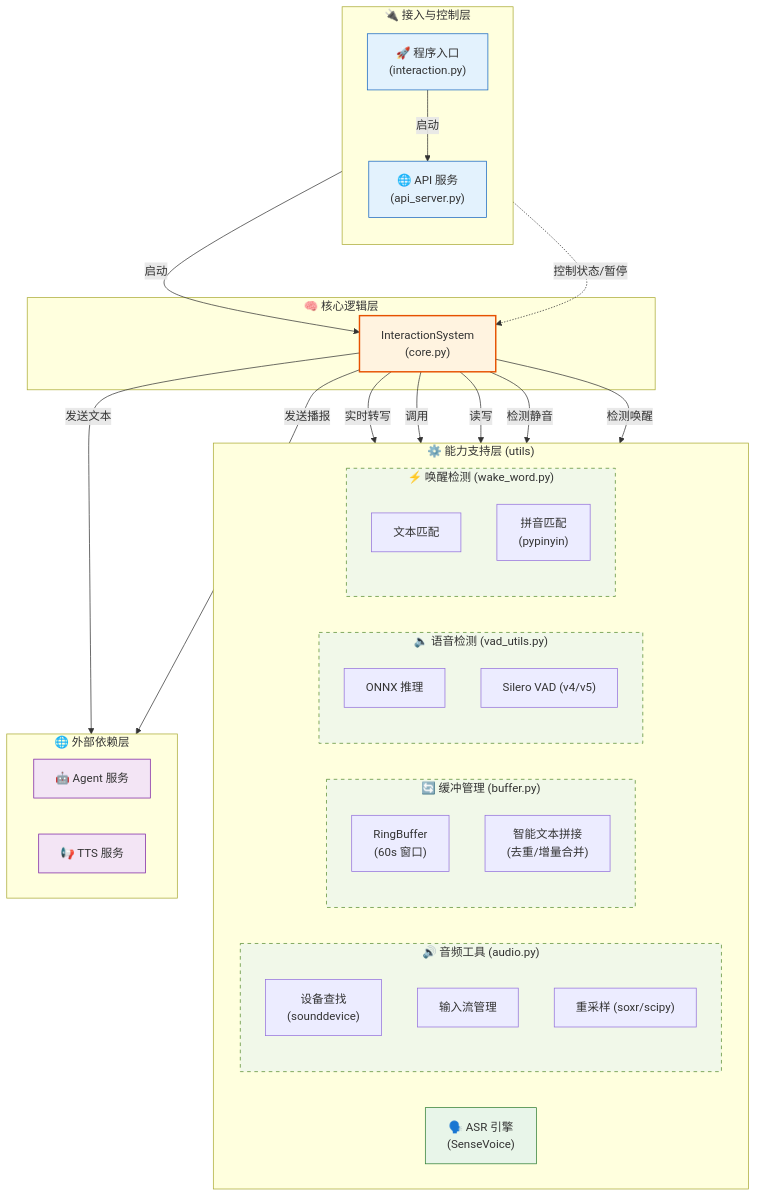
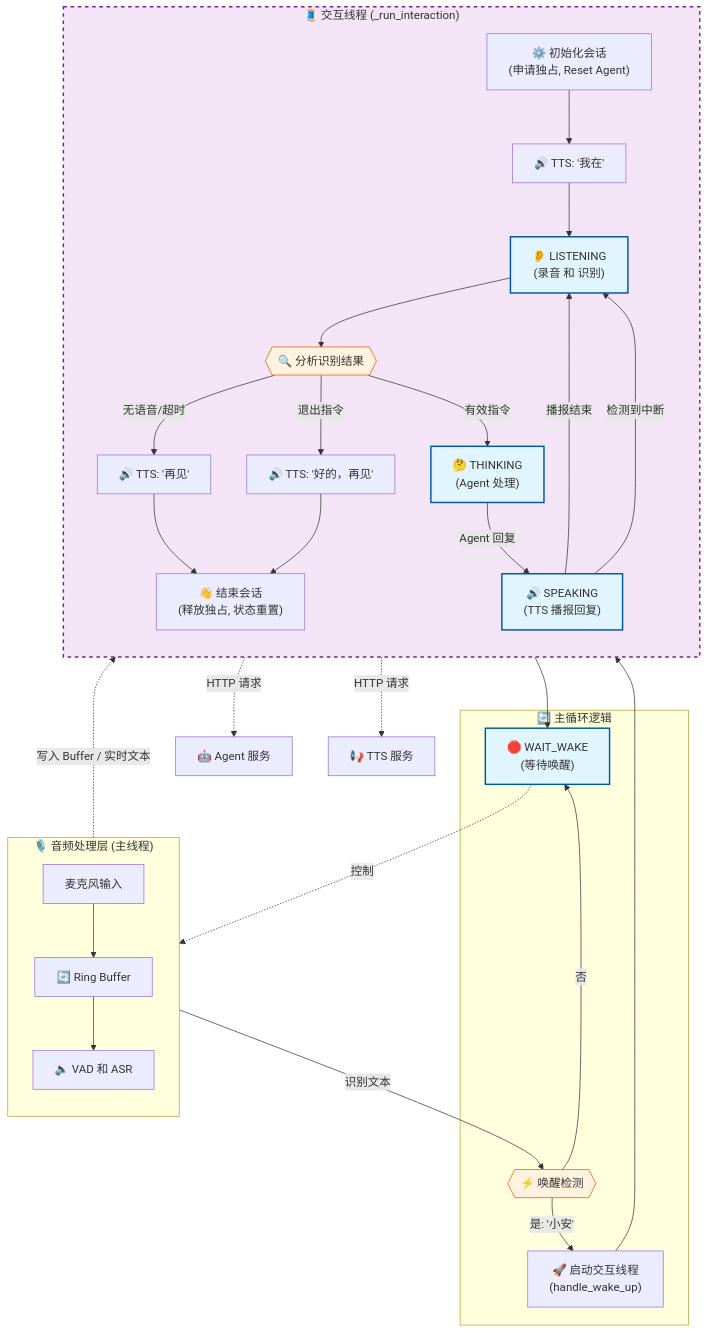
Before and after one commit to sakuzeng/xiangyang_asr: the diagram in interaction/docs/temp.md, drawn with Mermaid. The commit also changed 3 other files, not shown here.

````diff
--- a/interaction/docs/temp.md
+++ b/interaction/docs/temp.md
@@ -1,74 +1,66 @@
 ```mermaid
 graph TB
-    subgraph Layer1 ["🔌 接入与控制层"]
+    subgraph AudioProcessing ["🎙️ 音频处理层 (主线程)"]
         direction TB
-        Entry["🚀 程序入口<br/>(interaction.py)"]
-        API["🌐 API 服务<br/>(api_server.py)"]
+        Mic["麦克风输入"] --> Buffer["🔄 Ring Buffer"]
+        Buffer --> VAD["🔈 VAD 和 ASR"]
     end
 
-    subgraph Layer2 ["🧠 核心逻辑层"]
-        Core["InteractionSystem<br/>(core.py)"]
+    subgraph MainLoop ["🔄 主循环逻辑"]
+        StateWait["🛑 WAIT_WAKE<br/>(等待唤醒)"]
+        WakeCheck{{"⚡ 唤醒检测"}}
+        
+        %% 连接音频层与主循环
+        VAD -->|识别文本| WakeCheck
+        StateWait -.->|控制| VAD
+        
+        WakeCheck -->|否| StateWait
+        WakeCheck -->|是: '小安'| StartSession["🚀 启动交互线程<br/>(handle_wake_up)"]
     end
 
-    subgraph Layer3 ["⚙️ 能力支持层 (utils)"]
-        direction LR
+    subgraph InteractionThread ["🧵 交互线程 (_run_interaction)"]
+        direction TB
         
-        subgraph AudioUtils ["🔊 音频工具 (audio.py)"]
-            Device["设备查找<br/>(sounddevice)"]
-            Stream["输入流管理"]
-            Resample["重采样 (soxr/scipy)"]
-        end
+        StartSession --> InitSession["⚙️ 初始化会话<br/>(申请独占, Reset Agent)"]
+        InitSession --> SayHi["🔊 TTS: '我在'"]
+        SayHi --> StateListen
         
-        subgraph BufferUtils ["🔄 缓冲管理 (buffer.py)"]
-            RingBuf["RingBuffer<br/>(60s 窗口)"]
-            Merge["智能文本拼接<br/>(去重/增量合并)"]
-        end
+        StateListen["👂 LISTENING<br/>(录音 和 识别)"]
         
-        subgraph VADUtils ["🔈 语音检测 (vad_utils.py)"]
-            ONNX["ONNX 推理"]
-            Silero["Silero VAD (v4/v5)"]
-        end
+        %% 连接音频层与交互线程
+        VAD -.->|写入 Buffer / 实时文本| StateListen
         
-        subgraph WakeUtils ["⚡ 唤醒检测 (wake_word.py)"]
-            TextMatch["文本匹配"]
-            Pinyin["拼音匹配<br/>(pypinyin)"]
-        end
+        AnalyzeResult{{"🔍 分析识别结果"}}
+        StateListen --> AnalyzeResult
         
-        ASR["🗣️ ASR 引擎<br/>(SenseVoice)"]
+        AnalyzeResult -->|无语音/超时| SayBye1["🔊 TTS: '再见'"]
+        AnalyzeResult -->|退出指令| SayBye2["🔊 TTS: '好的，再见'"]
+        AnalyzeResult -->|有效指令| StateThink
+        
+        SayBye1 --> EndSession["👋 结束会话<br/>(释放独占, 状态重置)"]
+        SayBye2 --> EndSession
+        
+        StateThink["🤔 THINKING<br/>(Agent 处理)"]
+        StateSpeak["🔊 SPEAKING<br/>(TTS 播报回复)"]
+        
+        StateThink -->|Agent 回复| StateSpeak
+        StateSpeak -->|播报结束| StateListen
+        StateSpeak -->|检测到中断| StateListen
     end
 
-    subgraph Layer4 ["🌐 外部依赖层"]
-        direction LR
-        Agent["🤖 Agent 服务"]
-        TTS["📢 TTS 服务"]
-    end
+    EndSession --> StateWait
 
-    %% 启动与控制
-    Entry -->|启动| Core
-    Entry -->|启动| API
-    API -.->|控制状态/暂停| Core
-
-    %% 核心依赖
-    Core -->|调用| AudioUtils
-    Core -->|读写| BufferUtils
-    Core -->|检测静音| VADUtils
-    Core -->|检测唤醒| WakeUtils
-    Core -->|实时转写| ASR
-
-    %% 外部交互
-    Core -->|发送文本| Agent
-    Core -->|发送播报| TTS
-
-    %% 样式优化
-    classDef layer1 fill:#e3f2fd,stroke:#1565c0,stroke-width:1px;
-    classDef layer2 fill:#fff3e0,stroke:#e65100,stroke-width:2px;
-    classDef layer3 fill:#e8f5e9,stroke:#2e7d32,stroke-width:1px;
-    classDef layer4 fill:#f3e5f5,stroke:#7b1fa2,stroke-width:1px;
-    classDef utils fill:#f1f8e9,stroke:#558b2f,stroke-width:1px,stroke-dasharray: 5 5;
-
-    class Entry,API layer1;
-    class Core layer2;
-    class ASR,VADUtils,AudioUtils,BufferUtils,WakeUtils layer3;
-    class Agent,TTS layer4;
-    class AudioUtils,BufferUtils,VADUtils,WakeUtils utils;
+    %% 外部服务连接
+    StateThink -.->|HTTP 请求| Agent["🤖 Agent 服务"]
+    StateSpeak -.->|HTTP 请求| TTS["📢 TTS 服务"]
+    
+    %% 样式定义
+    classDef state fill:#e1f5fe,stroke:#01579b,stroke-width:2px;
+    class StateWait,StateListen,StateThink,StateSpeak state;
+    
+    classDef logic fill:#fff3e0,stroke:#e65100,stroke-width:1px;
+    class WakeCheck,AnalyzeResult logic;
+    
+    classDef session fill:#f3e5f5,stroke:#7b1fa2,stroke-width:2px,stroke-dasharray: 5 5;
+    class InteractionThread session;
 ```
````
